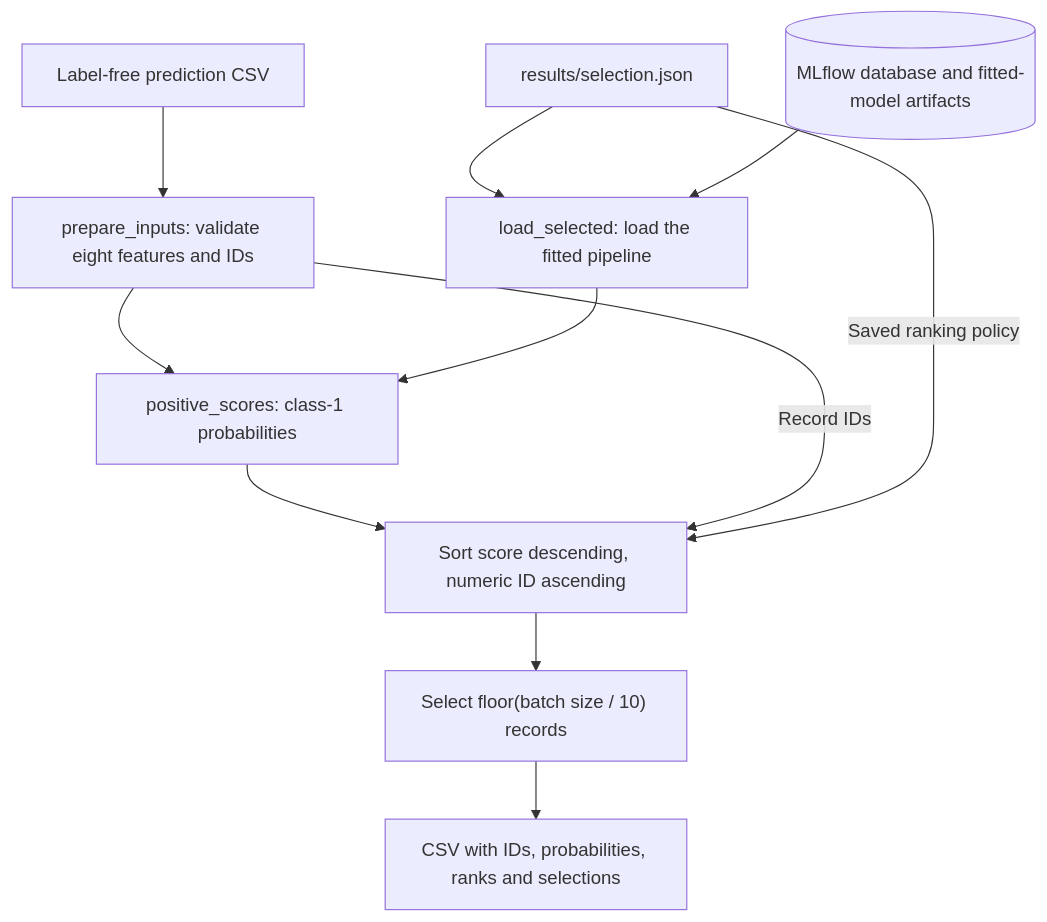
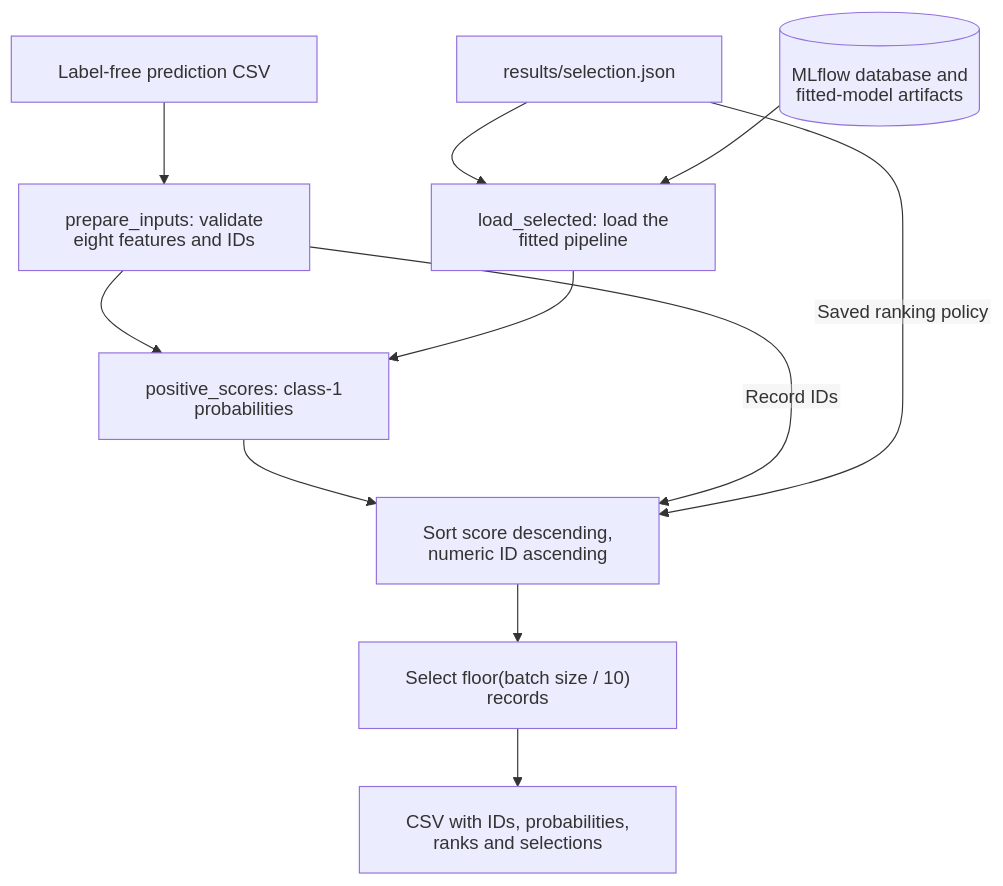
One commit to kishan0-07/campaign changed the second of 2 diagrams in docs/PROJECT_GUIDE.md. Above: the diagram before and after it, drawn with Mermaid. The commit also changed other lines of this file and 1 other file, not shown here.

````diff
--- a/docs/PROJECT_GUIDE.md
+++ b/docs/PROJECT_GUIDE.md
@@ -153,13 +153,14 @@
 ```mermaid
+%%{init: {"htmlLabels":false,"fontFamily":"Arial, Helvetica, sans-serif","themeVariables":{"fontFamily":"Arial, Helvetica, sans-serif"},"flowchart":{"htmlLabels":false,"padding":20}}}%%
 flowchart TD
     Input["Label-free prediction CSV"] --> Prepare["prepare_inputs: validate eight features and IDs"]
     Selection["results/selection.json"] --> Load["load_selected: load the fitted pipeline"]
     State[("MLflow database and fitted-model artifacts")] --> Load
     Prepare --> Scores["positive_scores: class-1 probabilities"]
     Load --> Scores
     Scores --> Rank["Sort score descending, numeric ID ascending"]
     Prepare -->|Record IDs| Rank
     Selection -->|Saved ranking policy| Rank
     Rank --> Budget["Select floor(batch size / 10) records"]
     Budget --> Output["CSV with IDs, probabilities, ranks and selections"]
 ```
````
